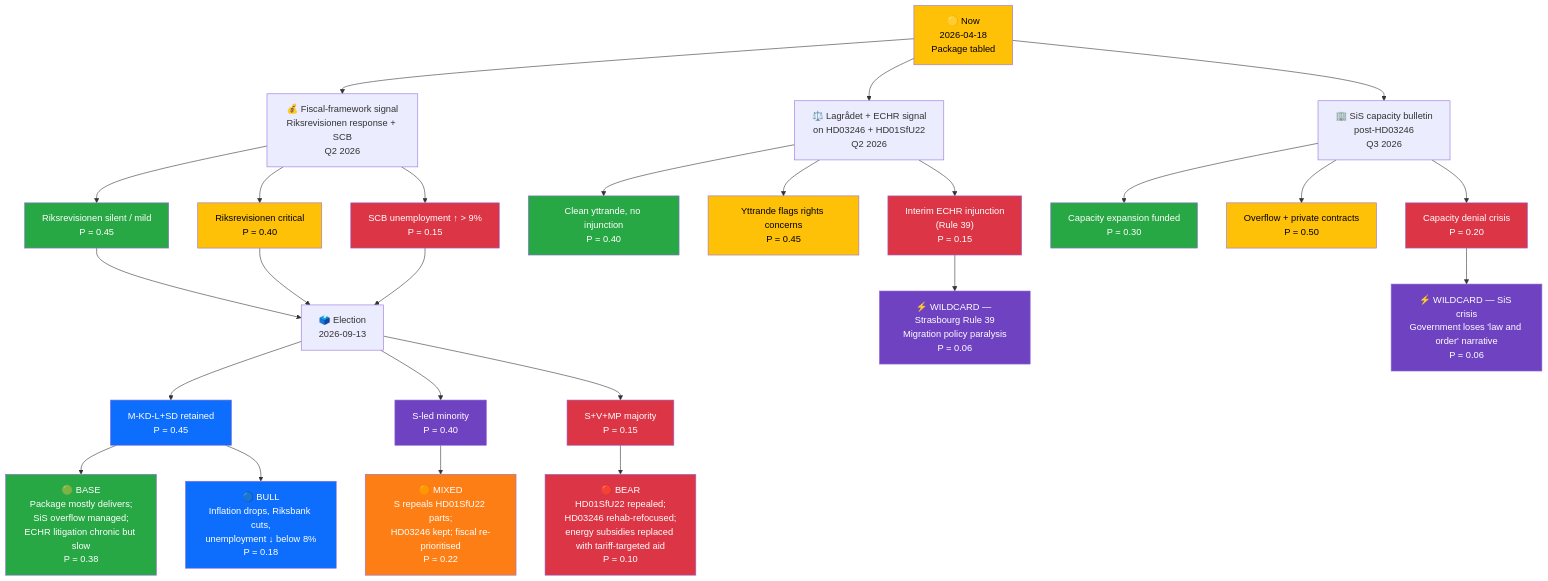
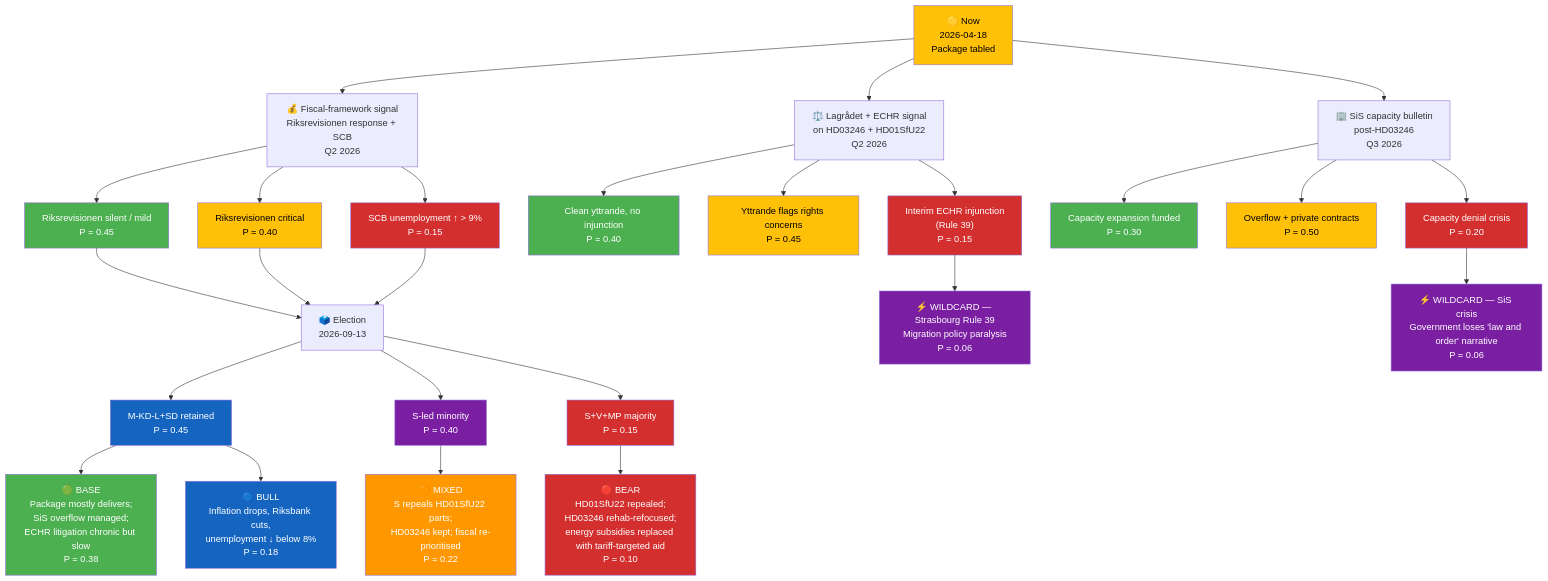
Before and after one commit to Hack23/riksdagsmonitor: the diagram in analysis/daily/2026-04-18/realtime-1705/scenario-analysis.md, drawn with Mermaid. The commit also changed 785 other files, not shown here.

First line of the commit message:
Normalize mermaid colors across 786 analysis artifacts to ISMS Style Guide palette

````diff
--- a/analysis/daily/2026-04-18/realtime-1705/scenario-analysis.md
+++ b/analysis/daily/2026-04-18/realtime-1705/scenario-analysis.md
@@ -16,67 +16,67 @@
 ```mermaid
 flowchart TD
     T0["🟡 Now<br/>2026-04-18<br/>Package tabled"]
 
     F["💰 Fiscal-framework signal<br/>Riksrevisionen response + SCB<br/>Q2 2026"]
     F1["Riksrevisionen silent / mild<br/>P = 0.45"]
     F2["Riksrevisionen critical<br/>P = 0.40"]
     F3["SCB unemployment ↑ > 9%<br/>P = 0.15"]
 
     L["⚖️ Lagrådet + ECHR signal<br/>on HD03246 + HD01SfU22<br/>Q2 2026"]
     L1["Clean yttrande, no injunction<br/>P = 0.40"]
     L2["Yttrande flags rights concerns<br/>P = 0.45"]
     L3["Interim ECHR injunction<br/>(Rule 39)<br/>P = 0.15"]
 
     S["🏢 SiS capacity bulletin<br/>post-HD03246<br/>Q3 2026"]
     S1["Capacity expansion funded<br/>P = 0.30"]
     S2["Overflow + private contracts<br/>P = 0.50"]
     S3["Capacity denial crisis<br/>P = 0.20"]
 
     E["🗳️ Election<br/>2026-09-13"]
     E1["M-KD-L+SD retained<br/>P = 0.45"]
     E2["S-led minority<br/>P = 0.40"]
     E3["S+V+MP majority<br/>P = 0.15"]
 
     T0 --> F --> F1
     F --> F2
     F --> F3
     T0 --> L --> L1
     L --> L2
     L --> L3
     T0 --> S --> S1
     S --> S2
     S --> S3
     F1 --> E
     F2 --> E
     F3 --> E
     E --> E1
     E --> E2
     E --> E3
 
     E1 --> BASE["🟢 BASE<br/>Package mostly delivers;<br/>SiS overflow managed;<br/>ECHR litigation chronic but slow<br/>P = 0.38"]
     E1 --> BULL["🔵 BULL<br/>Inflation drops, Riksbank cuts,<br/>unemployment ↓ below 8%<br/>P = 0.18"]
     E2 --> MIX["🟠 MIXED<br/>S repeals HD01SfU22 parts;<br/>HD03246 kept; fiscal re-prioritised<br/>P = 0.22"]
     E3 --> BEAR["🔴 BEAR<br/>HD01SfU22 repealed;<br/>HD03246 rehab-refocused;<br/>energy subsidies replaced with tariff-targeted aid<br/>P = 0.10"]
     L3 --> WILD1["⚡ WILDCARD — Strasbourg Rule 39<br/>Migration policy paralysis<br/>P = 0.06"]
     S3 --> WILD2["⚡ WILDCARD — SiS crisis<br/>Government loses 'law and order' narrative<br/>P = 0.06"]
 
-    style T0 fill:#ffc107,color:#000
-    style F1 fill:#28a745,color:#fff
-    style F2 fill:#ffc107,color:#000
-    style F3 fill:#dc3545,color:#fff
-    style L1 fill:#28a745,color:#fff
-    style L2 fill:#ffc107,color:#000
-    style L3 fill:#dc3545,color:#fff
-    style S1 fill:#28a745,color:#fff
-    style S2 fill:#ffc107,color:#000
-    style S3 fill:#dc3545,color:#fff
-    style E1 fill:#0d6efd,color:#fff
-    style E2 fill:#6f42c1,color:#fff
-    style E3 fill:#dc3545,color:#fff
-    style BASE fill:#28a745,color:#fff
-    style BULL fill:#0d6efd,color:#fff
-    style MIX fill:#fd7e14,color:#fff
-    style BEAR fill:#dc3545,color:#fff
-    style WILD1 fill:#6f42c1,color:#fff
-    style WILD2 fill:#6f42c1,color:#fff
+    style T0 fill:#FFC107,color:#000000
+    style F1 fill:#4CAF50,color:#FFFFFF
+    style F2 fill:#FFC107,color:#000000
+    style F3 fill:#D32F2F,color:#FFFFFF
+    style L1 fill:#4CAF50,color:#FFFFFF
+    style L2 fill:#FFC107,color:#000000
+    style L3 fill:#D32F2F,color:#FFFFFF
+    style S1 fill:#4CAF50,color:#FFFFFF
+    style S2 fill:#FFC107,color:#000000
+    style S3 fill:#D32F2F,color:#FFFFFF
+    style E1 fill:#1565C0,color:#FFFFFF
+    style E2 fill:#7B1FA2,color:#FFFFFF
+    style E3 fill:#D32F2F,color:#FFFFFF
+    style BASE fill:#4CAF50,color:#FFFFFF
+    style BULL fill:#1565C0,color:#FFFFFF
+    style MIX fill:#FF9800,color:#FFFFFF
+    style BEAR fill:#D32F2F,color:#FFFFFF
+    style WILD1 fill:#7B1FA2,color:#FFFFFF
+    style WILD2 fill:#7B1FA2,color:#FFFFFF
 ```
````
